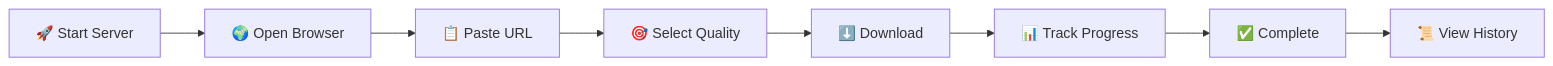
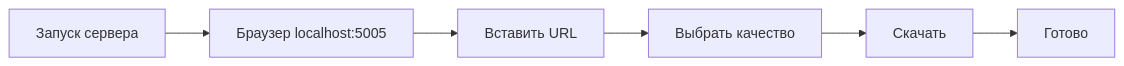
The diagram in v2/README.md (diorhc/YTDL), drawn with Mermaid before and after one commit. The commit also changed other lines of this file and 67 other files, not shown here.

````diff
--- a/v2/README.md
+++ b/v2/README.md
@@ -185,10 +98,8 @@
 ```mermaid
 graph LR
-    A[🚀 Start Server] --> B[🌍 Open Browser]
-    B --> C[📋 Paste URL]
-    C --> D[🎯 Select Quality]
-    D --> E[⬇️ Download]
-    E --> F[📊 Track Progress]
-    F --> G[✅ Complete]
-    G --> H[📜 View History]
+    A[Запуск сервера] --> B[Браузер localhost:5005]
+    B --> C[Вставить URL]
+    C --> D[Выбрать качество]
+    D --> E[Скачать]
+    E --> F[Готово]
 ```
````
